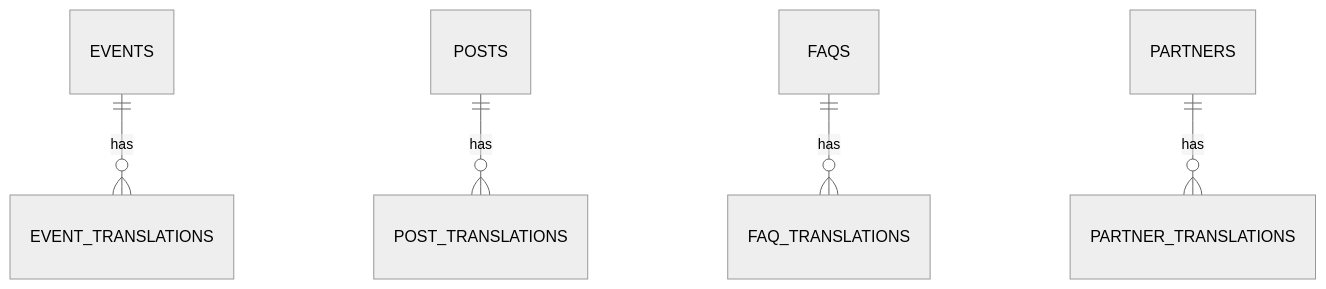
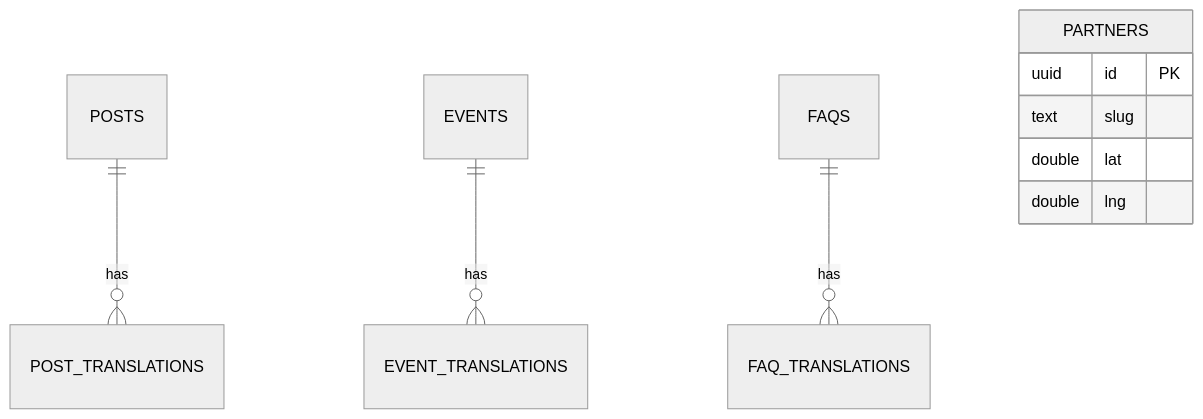
The diagram in SMARTE-THEATERDIENSTE/API.md (Kaytm93/smarte-theaterdienste-website), drawn with Mermaid (neutral theme) before and after one commit. The commit also changed other lines of this file and 30 other files, not shown here.

First line of the commit message:
M4 prep: Schema, Supabase-Helper, Page-Skeletons, Revalidate-Endpunkt

````diff
--- a/SMARTE-THEATERDIENSTE/API.md
+++ b/SMARTE-THEATERDIENSTE/API.md
@@ -94,7 +54,12 @@
 ```mermaid
 erDiagram
+    POSTS ||--o{ POST_TRANSLATIONS : has
     EVENTS ||--o{ EVENT_TRANSLATIONS : has
-    POSTS ||--o{ POST_TRANSLATIONS : has
     FAQS ||--o{ FAQ_TRANSLATIONS : has
-    PARTNERS ||--o{ PARTNER_TRANSLATIONS : has
+    PARTNERS {
+      uuid id PK
+      text slug
+      double lat
+      double lng
+    }
 ```
````
